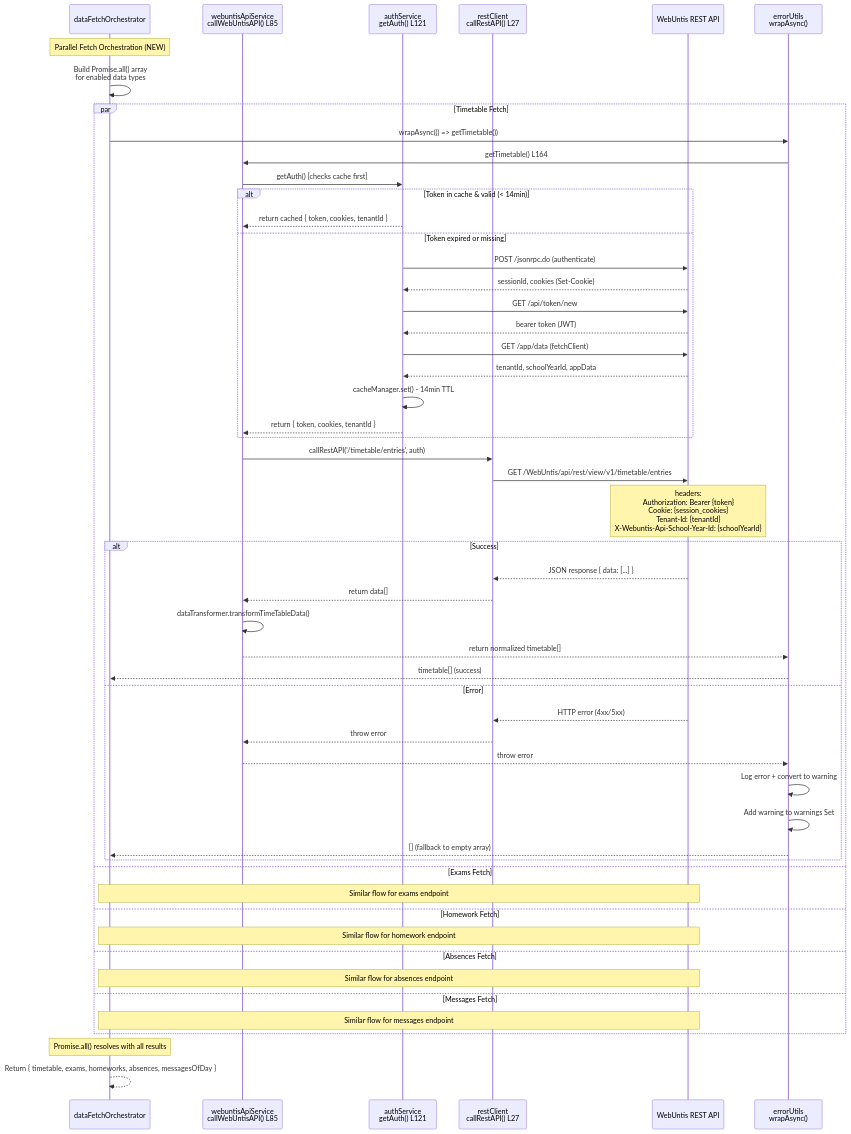
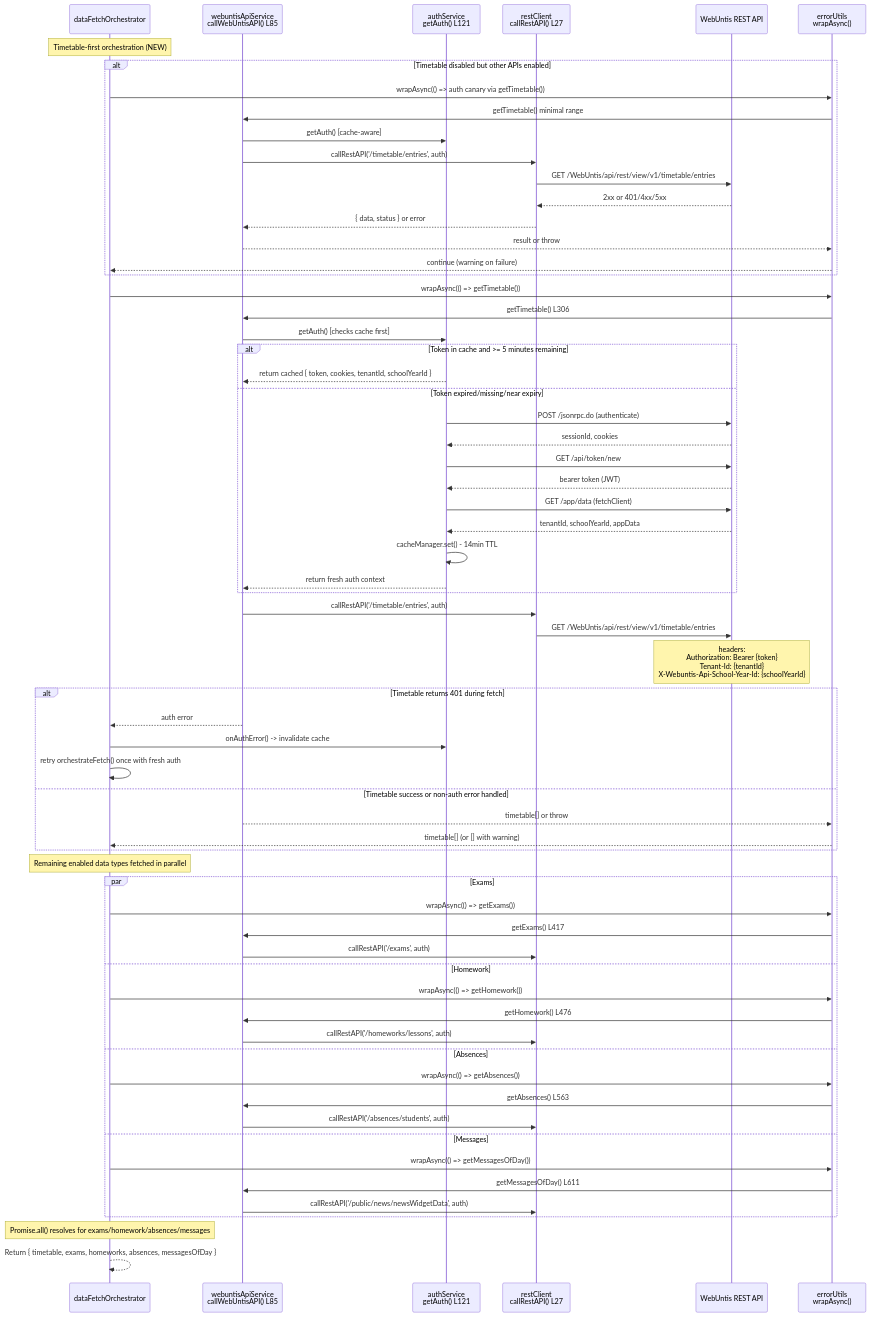
One commit to HeikoGr/MMM-Webuntis changed the sixth of 13 diagrams in docs/ARCHITECTURE.md. Above: the diagram before and after it, drawn with Mermaid. The commit also changed other lines of this file, not shown here.

Commit message:
refactor: update architecture documentation to reflect timetable-first orchestration and improved fetch strategy

````diff
--- a/docs/ARCHITECTURE.md
+++ b/docs/ARCHITECTURE.md
@@ -581,61 +587,75 @@
 ```mermaid
 sequenceDiagram
     participant Orch as dataFetchOrchestrator
     participant API as webuntisApiService<br/>callWebUntisAPI() L85
     participant Auth as authService<br/>getAuth() L121
     participant RC as restClient<br/>callRestAPI() L27
     participant REST as WebUntis REST API
     participant ErrUtils as errorUtils<br/>wrapAsync()
 
-    Note over Orch: Parallel Fetch Orchestration (NEW)
-    Orch->>Orch: Build Promise.all() array<br/>for enabled data types
+    Note over Orch: Timetable-first orchestration (NEW)
 
-    par Timetable Fetch
-        Orch->>ErrUtils: wrapAsync(() => getTimetable())
-        ErrUtils->>API: getTimetable() L164
-        API->>Auth: getAuth() [checks cache first]
-
-        alt Token in cache & valid (< 14min)
-            Auth-->>API: return cached { token, cookies, tenantId }
-        else Token expired or missing
-            Auth->>REST: POST /jsonrpc.do (authenticate)
-            REST-->>Auth: sessionId, cookies (Set-Cookie)
-            Auth->>REST: GET /api/token/new
-            REST-->>Auth: bearer token (JWT)
-            Auth->>REST: GET /app/data (fetchClient)
-            REST-->>Auth: tenantId, schoolYearId, appData
-            Auth->>Auth: cacheManager.set() - 14min TTL
-            Auth-->>API: return { token, cookies, tenantId }
-        end
-
+    alt Timetable disabled but other APIs enabled
+        Orch->>ErrUtils: wrapAsync(() => auth canary via getTimetable())
+        ErrUtils->>API: getTimetable() minimal range
+        API->>Auth: getAuth() [cache-aware]
         API->>RC: callRestAPI('/timetable/entries', auth)
         RC->>REST: GET /WebUntis/api/rest/view/v1/timetable/entries
-        Note over REST: headers:<br/>Authorization: Bearer {token}<br/>Cookie: {session_cookies}<br/>Tenant-Id: {tenantId}<br/>X-Webuntis-Api-School-Year-Id: {schoolYearId}
-
-        alt Success
-            REST-->>RC: JSON response { data: [...] }
-            RC-->>API: return data[]
-            API->>API: dataTransformer.transformTimeTableData()
-            API-->>ErrUtils: return normalized timetable[]
-            ErrUtils-->>Orch: timetable[] (success)
-        else Error
-            REST-->>RC: HTTP error (4xx/5xx)
-            RC-->>API: throw error
-            API-->>ErrUtils: throw error
-            ErrUtils->>ErrUtils: Log error + convert to warning
-            ErrUtils->>ErrUtils: Add warning to warnings Set
-            ErrUtils-->>Orch: [] (fallback to empty array)
-        end
-    and Exams Fetch
-        Note over Orch,REST: Similar flow for exams endpoint
-    and Homework Fetch
-        Note over Orch,REST: Similar flow for homework endpoint
-    and Absences Fetch
-        Note over Orch,REST: Similar flow for absences endpoint
-    and Messages Fetch
-        Note over Orch,REST: Similar flow for messages endpoint
+        REST-->>RC: 2xx or 401/4xx/5xx
+        RC-->>API: { data, status } or error
+        API-->>ErrUtils: result or throw
+        ErrUtils-->>Orch: continue (warning on failure)
     end
 
-    Note over Orch: Promise.all() resolves with all results
+    Orch->>ErrUtils: wrapAsync(() => getTimetable())
+    ErrUtils->>API: getTimetable() L306
+    API->>Auth: getAuth() [checks cache first]
+
+    alt Token in cache and >= 5 minutes remaining
+        Auth-->>API: return cached { token, cookies, tenantId, schoolYearId }
+    else Token expired/missing/near expiry
+        Auth->>REST: POST /jsonrpc.do (authenticate)
+        REST-->>Auth: sessionId, cookies
+        Auth->>REST: GET /api/token/new
+        REST-->>Auth: bearer token (JWT)
+        Auth->>REST: GET /app/data (fetchClient)
+        REST-->>Auth: tenantId, schoolYearId, appData
+        Auth->>Auth: cacheManager.set() - 14min TTL
+        Auth-->>API: return fresh auth context
+    end
+
+    API->>RC: callRestAPI('/timetable/entries', auth)
+    RC->>REST: GET /WebUntis/api/rest/view/v1/timetable/entries
+    Note over REST: headers:<br/>Authorization: Bearer {token}<br/>Tenant-Id: {tenantId}<br/>X-Webuntis-Api-School-Year-Id: {schoolYearId}
+
+    alt Timetable returns 401 during fetch
+        API-->>Orch: auth error
+        Orch->>Auth: onAuthError() -> invalidate cache
+        Orch->>Orch: retry orchestrateFetch() once with fresh auth
+    else Timetable success or non-auth error handled
+        API-->>ErrUtils: timetable[] or throw
+        ErrUtils-->>Orch: timetable[] (or [] with warning)
+    end
+
+    Note over Orch: Remaining enabled data types fetched in parallel
+    par Exams
+        Orch->>ErrUtils: wrapAsync(() => getExams())
+        ErrUtils->>API: getExams() L417
+        API->>RC: callRestAPI('/exams', auth)
+    and Homework
+        Orch->>ErrUtils: wrapAsync(() => getHomework())
+        ErrUtils->>API: getHomework() L476
+        API->>RC: callRestAPI('/homeworks/lessons', auth)
+    and Absences
+        Orch->>ErrUtils: wrapAsync(() => getAbsences())
+        ErrUtils->>API: getAbsences() L563
+        API->>RC: callRestAPI('/absences/students', auth)
+    and Messages
+        Orch->>ErrUtils: wrapAsync(() => getMessagesOfDay())
+        ErrUtils->>API: getMessagesOfDay() L611
+        API->>RC: callRestAPI('/public/news/newsWidgetData', auth)
+    end
+
+    Note over Orch: Promise.all() resolves for exams/homework/absences/messages
     Orch-->>Orch: Return { timetable, exams, homeworks, absences, messagesOfDay }
 ```
````
